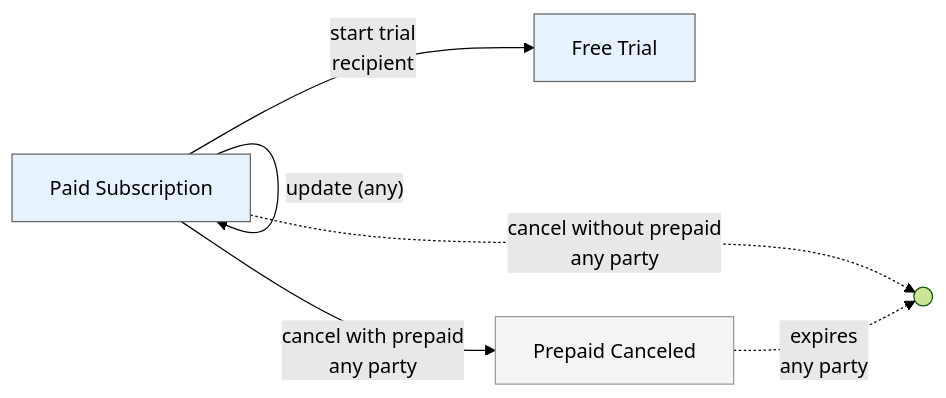
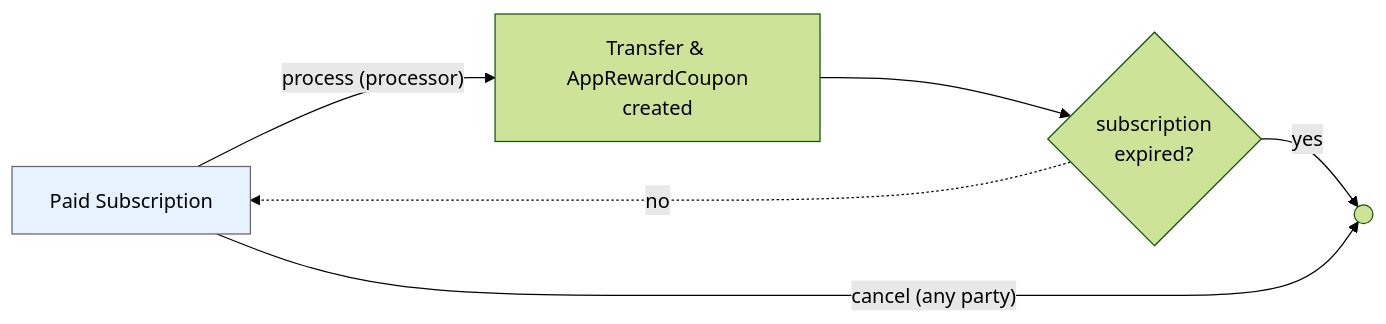
One commit to Fairmint/open-captable-protocol-daml changed the fourth of 4 diagrams in Subscriptions-v01/README.md. Above: the diagram before and after it, drawn with Mermaid (forest theme). The commit also changed other lines of this file, not shown here.

````diff
--- a/Subscriptions-v01/README.md
+++ b/Subscriptions-v01/README.md
@@ -223,16 +150,14 @@
 ```mermaid
 flowchart LR
     PS[Paid Subscription]
-    PS -->|"process payment (processor)<br/>transfers + AppRewardCoupons"| PS
-    PS -->|"update (any)"| PS
-    PS -->|start trial<br/>recipient| FT[Free Trial]
-    PS -->|cancel with prepaid<br/>any party| PC[Prepaid Canceled]
-    PS -.->|cancel without prepaid<br/>any party| End(( ))
-    
-    PC -.->|expires<br/>any party| End
+    PS -->|"process (processor)"| Marker[Transfer & AppRewardCoupon<br/>created]
+    Marker --> Choice{subscription<br/>expired?}
+    Choice -.->|no| PS
+    Choice -->|yes| End(( ))
+    PS -->|"cancel (any party)"| End(( ))
     
     classDef active fill:#e6f3ff,stroke:#666
     classDef ended fill:#f5f5f5,stroke:#999
     class PS,FT active
     class PC ended
 ```
````
